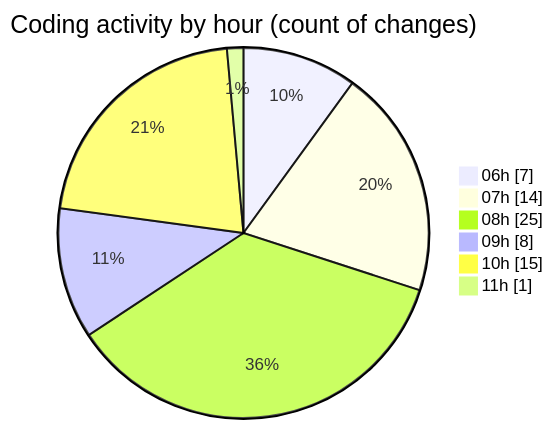
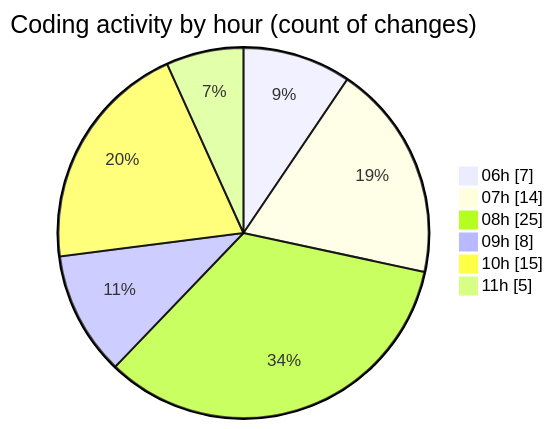
Before and after one commit to vahidmafi/code-tracking: the second of 2 diagrams in 2025-04-18/zeytoon/README.md, drawn with Mermaid. The commit also changed other lines of this file and 1 other file, not shown here.

````diff
--- a/2025-04-18/zeytoon/README.md
+++ b/2025-04-18/zeytoon/README.md
@@ -39,10 +39,10 @@
 ```mermaid
 pie showData
 title Coding activity by hour (count of changes)
 "06h" : 7
 "07h" : 14
 "08h" : 25
 "09h" : 8
 "10h" : 15
-"11h" : 1
+"11h" : 5
 ```
````
